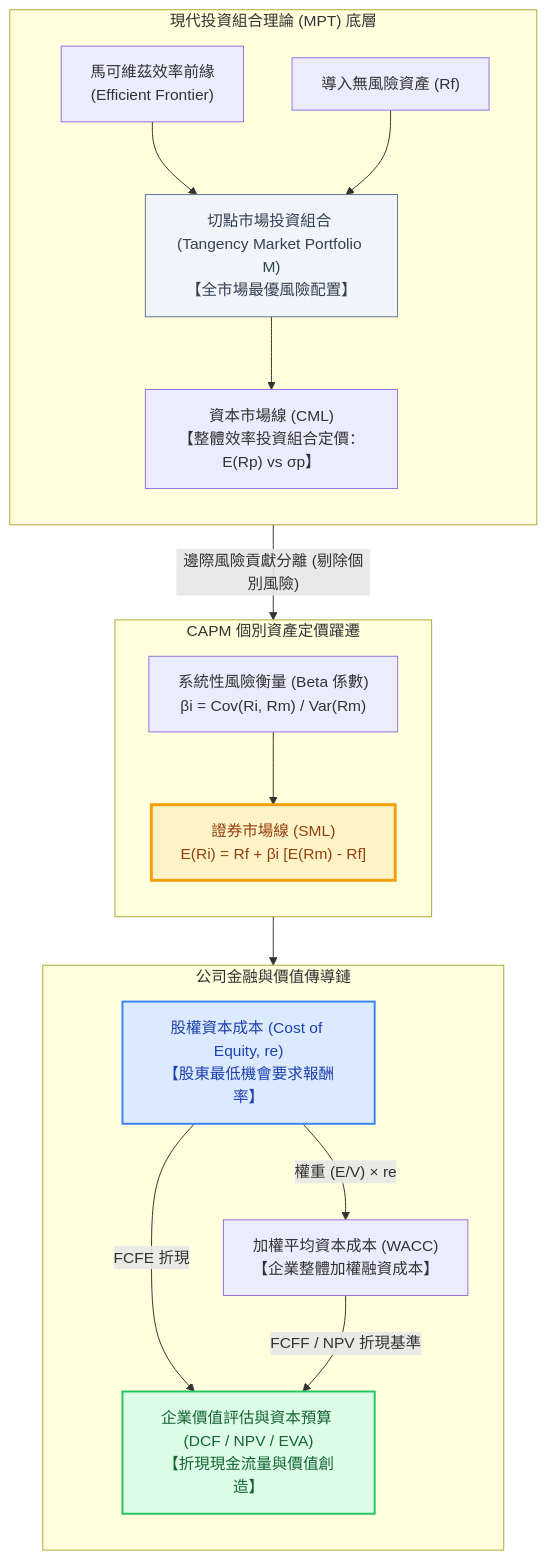
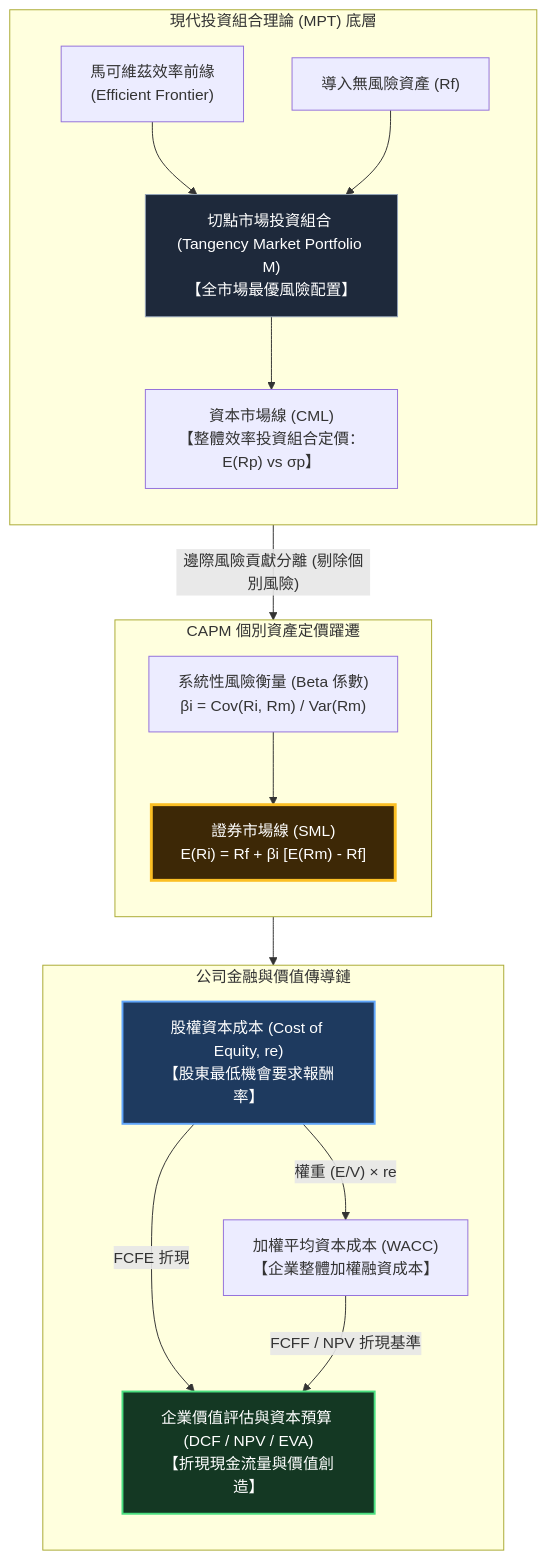
One commit to Jimlin0428/my-digital-garden changed the first of 2 diagrams in src/site/notes/98_商業概念庫/capm_資本資產定價模型.md. Above: the diagram before and after it, drawn with Mermaid. The commit also changed 58 other files, not shown here.

````diff
--- a/src/site/notes/98_商業概念庫/capm_資本資產定價模型.md
+++ b/src/site/notes/98_商業概念庫/capm_資本資產定價模型.md
@@ -31,37 +31,37 @@
 ```mermaid
 flowchart TD
     subgraph Portfolio_Theory ["現代投資組合理論 (MPT) 底層"]
         direction TB
         Markowitz["馬可維茲效率前緣<br>(Efficient Frontier)"]
         RiskFree["導入無風險資產 (Rf)"]
         MarketPort["切點市場投資組合 (Tangency Market Portfolio M)<br>【全市場最優風險配置】"]
         CML["資本市場線 (CML)<br>【整體效率投資組合定價：E(Rp) vs σp】"]
         
         Markowitz & RiskFree --> MarketPort --> CML
     end
 
     subgraph Pricing_Model ["CAPM 個別資產定價躍遷"]
         direction TB
         BetaCalc["系統性風險衡量 (Beta 係數)<br>βi = Cov(Ri, Rm) / Var(Rm)"]
         SML["證券市場線 (SML)<br>E(Ri) = Rf + βi [E(Rm) - Rf]"]
         
         CML -->|"邊際風險貢獻分離 (剔除個別風險)"| BetaCalc --> SML
     end
 
     subgraph Valuation_Chain ["公司金融與價值傳導鏈"]
         direction TB
         CostOfEquity["股權資本成本 (Cost of Equity, re)<br>【股東最低機會要求報酬率】"]
         WACC_Node["加權平均資本成本 (WACC)<br>【企業整體加權融資成本】"]
         CorpValuation["企業價值評估與資本預算 (DCF / NPV / EVA)<br>【折現現金流量與價值創造】"]
         
         SML --> CostOfEquity
         CostOfEquity -->|"權重 (E/V) × re"| WACC_Node
         CostOfEquity -->|"FCFE 折現"| CorpValuation
         WACC_Node -->|"FCFF / NPV 折現基準"| CorpValuation
     end
 
-    style SML fill:#fef3c7,stroke:#f59e0b,stroke-width:3px,color:#92400e
-    style CostOfEquity fill:#dbeafe,stroke:#3b82f6,stroke-width:2px,color:#1e40af
-    style CorpValuation fill:#dcfce7,stroke:#22c55e,stroke-width:2px,color:#166534
-    style MarketPort fill:#f1f5f9,stroke:#64748b,stroke-width:1px,color:#334155
+    style SML fill:#3d2806,stroke:#fbbf24,stroke-width:3px,color:#ffffff
+    style CostOfEquity fill:#1e3a5f,stroke:#60a5fa,stroke-width:2px,color:#ffffff
+    style CorpValuation fill:#143823,stroke:#4ade80,stroke-width:2px,color:#ffffff
+    style MarketPort fill:#1e293b,stroke:#94a3b8,stroke-width:1px,color:#ffffff
 ```
````
